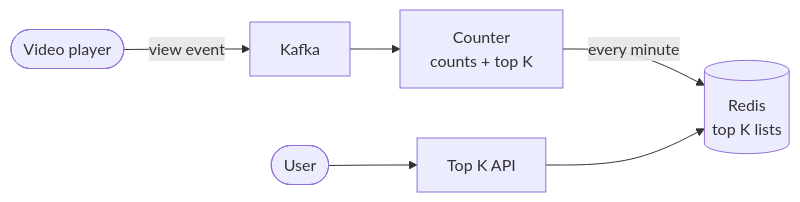
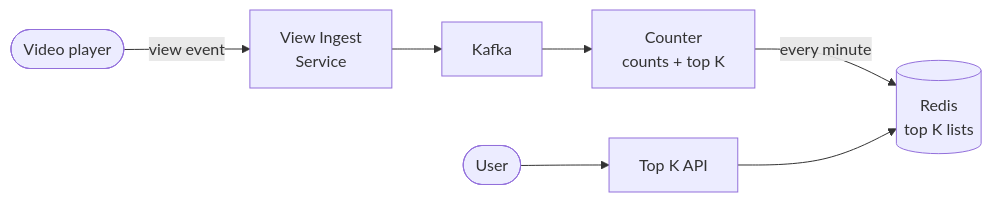
The first of 4 diagrams in content/system-design/questions/top-k.mdx (iamrs77/interview-ready), drawn with Mermaid before and after one commit. The commit also changed other lines of this file and 132 other files, not shown here.

````diff
--- a/content/system-design/questions/top-k.mdx
+++ b/content/system-design/questions/top-k.mdx
@@ -78,8 +78,9 @@
 ```mermaid
 flowchart LR
-  Player(["Video player"]):::client -->|"view event"| Kafka["Kafka"]:::queue
+  Player(["Video player"]):::client -->|"view event"| Ingest["View Ingest<br/>Service"]:::service
+  Ingest --> Kafka["Kafka"]:::queue
   Kafka --> Counter["Counter<br/>counts + top K"]:::service
   Counter -->|"every minute"| Cache[("Redis<br/>top K lists")]:::cache
   User(["User"]):::client --> API["Top K API"]:::service
   API --> Cache
 ```
````
